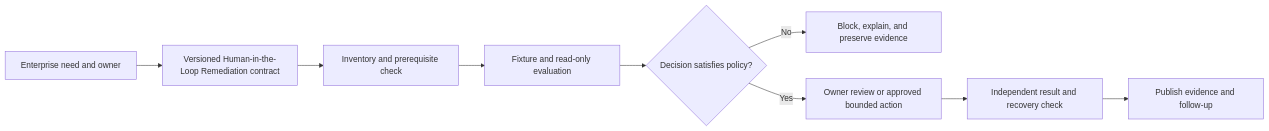
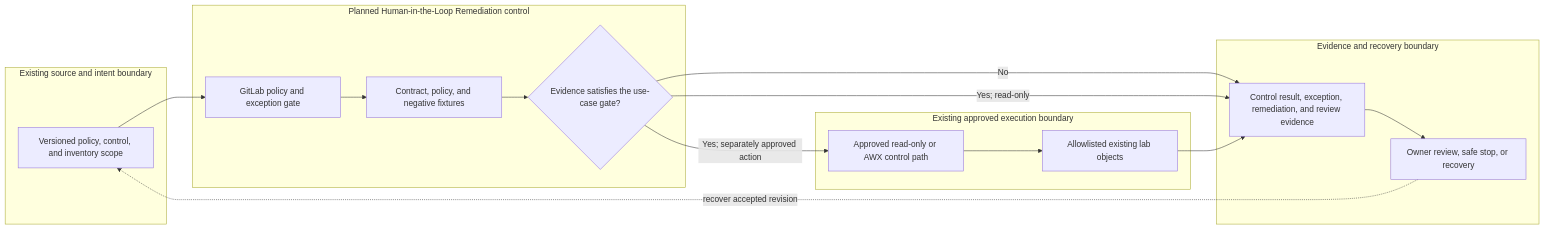
One commit to MIDHTECH/enterprise-architecture-docs changed the diagram in docs/use-cases/governance/UC-GOV-013-human-in-the-loop-remediation.md. Above: the diagram before and after it, drawn with Mermaid. The commit also changed other lines of this file and 227 other files, not shown here.

Commit message:
Deepen architecture for all use case designs

````diff
--- a/docs/use-cases/governance/UC-GOV-013-human-in-the-loop-remediation.md
+++ b/docs/use-cases/governance/UC-GOV-013-human-in-the-loop-remediation.md
@@ -136,11 +129,25 @@
 ```mermaid
 flowchart LR
-    Need["Enterprise need and owner"] --> Contract["Versioned Human-in-the-Loop Remediation contract"]
-    Contract --> Preflight["Inventory and prerequisite check"]
-    Preflight --> Evaluate["Fixture and read-only evaluation"]
-    Evaluate --> Decision{"Decision satisfies policy?"}
-    Decision -->|No| Stop["Block, explain, and preserve evidence"]
-    Decision -->|Yes| Review["Owner review or approved bounded action"]
-    Review --> Verify["Independent result and recovery check"]
-    Verify --> Publish["Publish evidence and follow-up"]
+    subgraph Source["Existing source and intent boundary"]
+        A["Versioned policy, control, and inventory scope"]
+    end
+    subgraph Planned["Planned Human-in-the-Loop Remediation control"]
+        B["GitLab policy and exception gate"]
+        C["Contract, policy, and negative fixtures"]
+        D{"Evidence satisfies the use-case gate?"}
+    end
+    subgraph Runtime["Existing approved execution boundary"]
+        E["Approved read-only or AWX control path"]
+        F["Allowlisted existing lab objects"]
+    end
+    subgraph Assurance["Evidence and recovery boundary"]
+        G["Control result, exception, remediation, and review evidence"]
+        H["Owner review, safe stop, or recovery"]
+    end
+
+    A --> B --> C --> D
+    D -->|No| G --> H
+    D -->|Yes; read-only| G
+    D -->|Yes; separately approved action| E --> F --> G
+    H -. recover accepted revision .-> A
 ```
````
